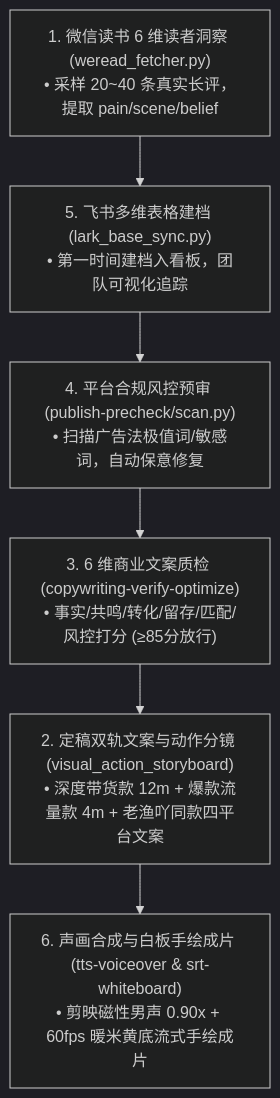
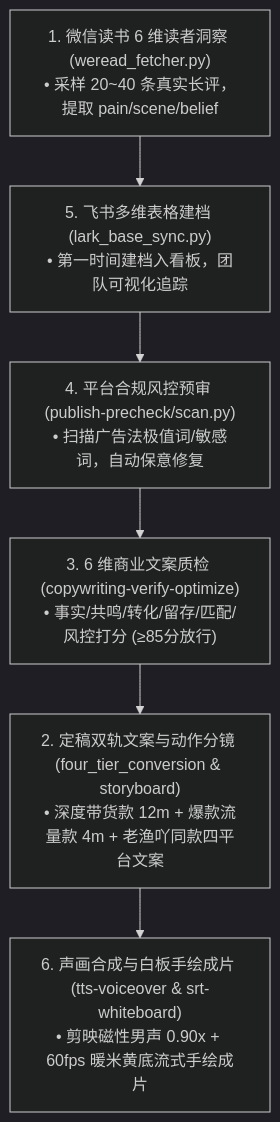
The diagram in copywriting-library/SKILL.md (wsuming97/tushu), drawn with Mermaid (dark theme) before and after one commit. The commit also changed other lines of this file and 3 other files, not shown here.

````diff
--- a/copywriting-library/SKILL.md
+++ b/copywriting-library/SKILL.md
@@ -14,8 +14,8 @@
 ```mermaid
 graph TD
     S1["1. 微信读书 6 维读者洞察 (weread_fetcher.py)<br/>• 采样 20~40 条真实长评，提取 pain/scene/belief"] --> S5["5. 飞书多维表格建档 (lark_base_sync.py)<br/>• 第一时间建档入看板，团队可视化追踪"]
     S5 --> S4["4. 平台合规风控预审 (publish-precheck/scan.py)<br/>• 扫描广告法极值词/敏感词，自动保意修复"]
     S4 --> S3["3. 6 维商业文案质检 (copywriting-verify-optimize)<br/>• 事实/共鸣/转化/留存/匹配/风控打分 (≥85分放行)"]
-    S3 --> S2["2. 定稿双轨文案与动作分镜 (visual_action_storyboard)<br/>• 深度带货款 12m + 爆款流量款 4m + 老渔吖同款四平台文案"]
+    S3 --> S2["2. 定稿双轨文案与动作分镜 (four_tier_conversion & storyboard)<br/>• 深度带货款 12m + 爆款流量款 4m + 老渔吖同款四平台文案"]
     S2 --> S6["6. 声画合成与白板手绘成片 (tts-voiceover & srt-whiteboard)<br/>• 剪映磁性男声 0.90x + 60fps 暖米黄底流式手绘成片"]
 ```
````
